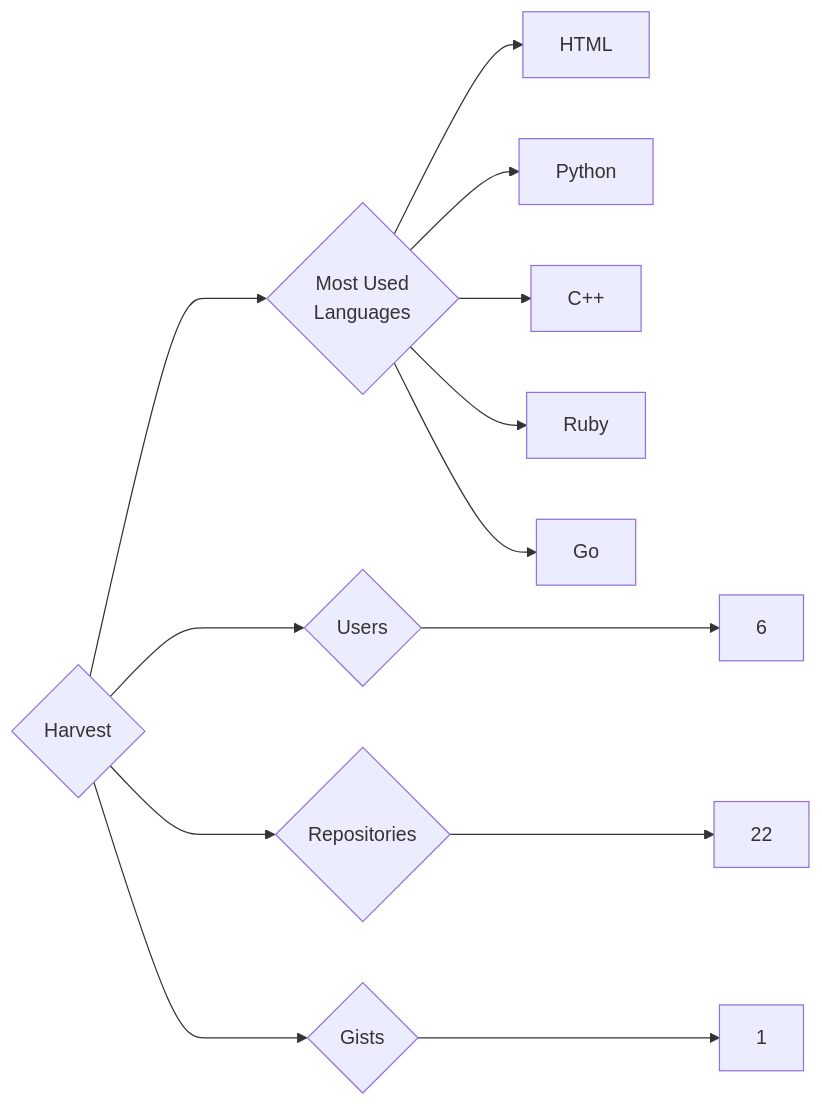
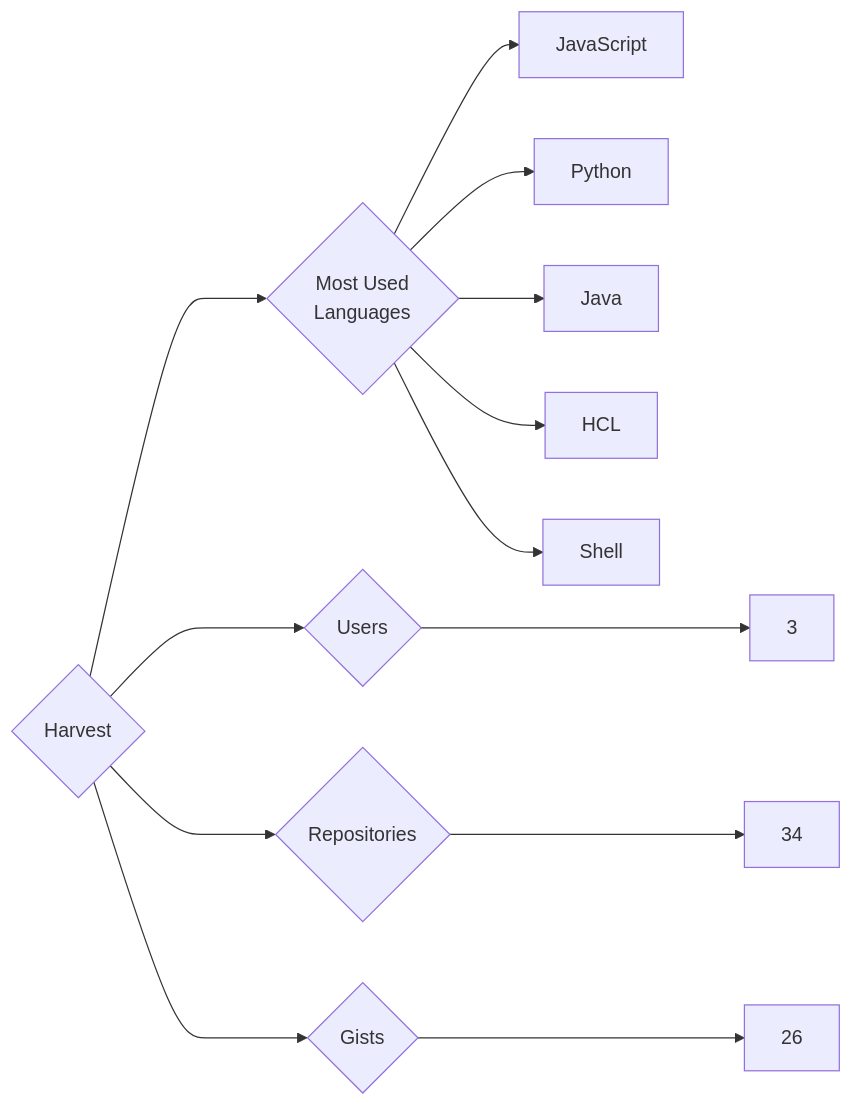
Before and after one commit to trickest/insiders: the diagram in targets/Harvest/README.md, drawn with Mermaid. The commit also changed 932 other files, not shown here.

````diff
--- a/targets/Harvest/README.md
+++ b/targets/Harvest/README.md
@@ -3,13 +3,13 @@
 ```mermaid
 graph LR
 COMPANY_NAME{Harvest}
-COMPANY_NAME ---> U{Users} ---> UN[6]
-COMPANY_NAME ---> R{Repositories} ---> RN[22]
-COMPANY_NAME ---> G{Gists} ---> GN[1]
+COMPANY_NAME ---> U{Users} ---> UN[3]
+COMPANY_NAME ---> R{Repositories} ---> RN[34]
+COMPANY_NAME ---> G{Gists} ---> GN[26]
 COMPANY_NAME ---> ML{Most Used<br>Languages}
-ML --> HTML[HTML]
+ML --> JavaScript[JavaScript]
 ML --> Python[Python]
-ML --> C++[C++]
-ML --> Ruby[Ruby]
-ML --> Go[Go]
+ML --> Java[Java]
+ML --> HCL[HCL]
+ML --> Shell[Shell]
 ```
````
